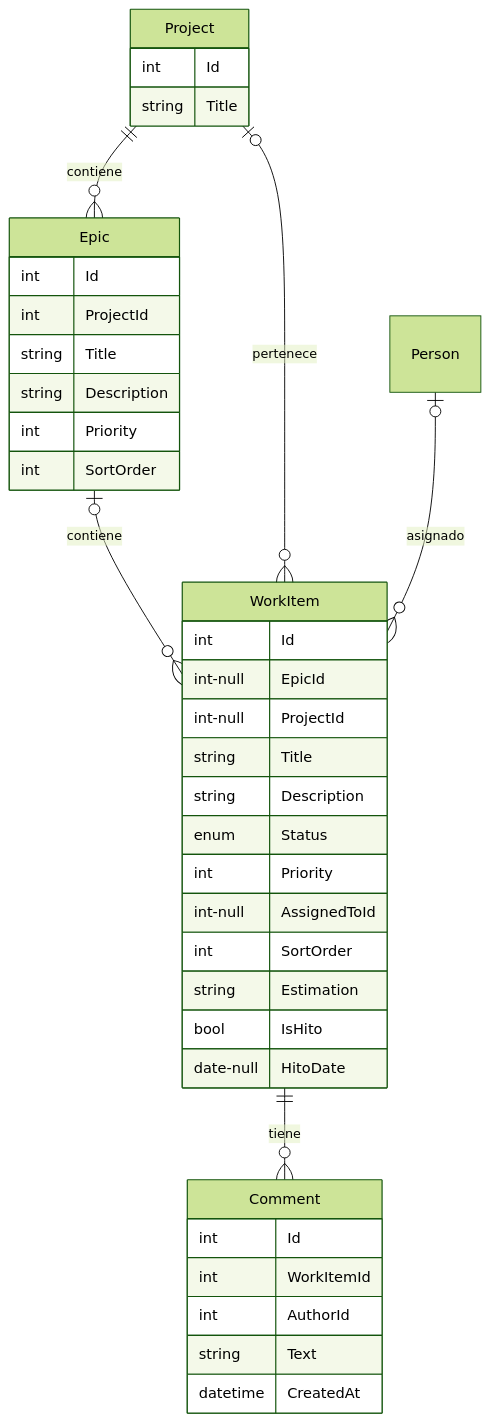
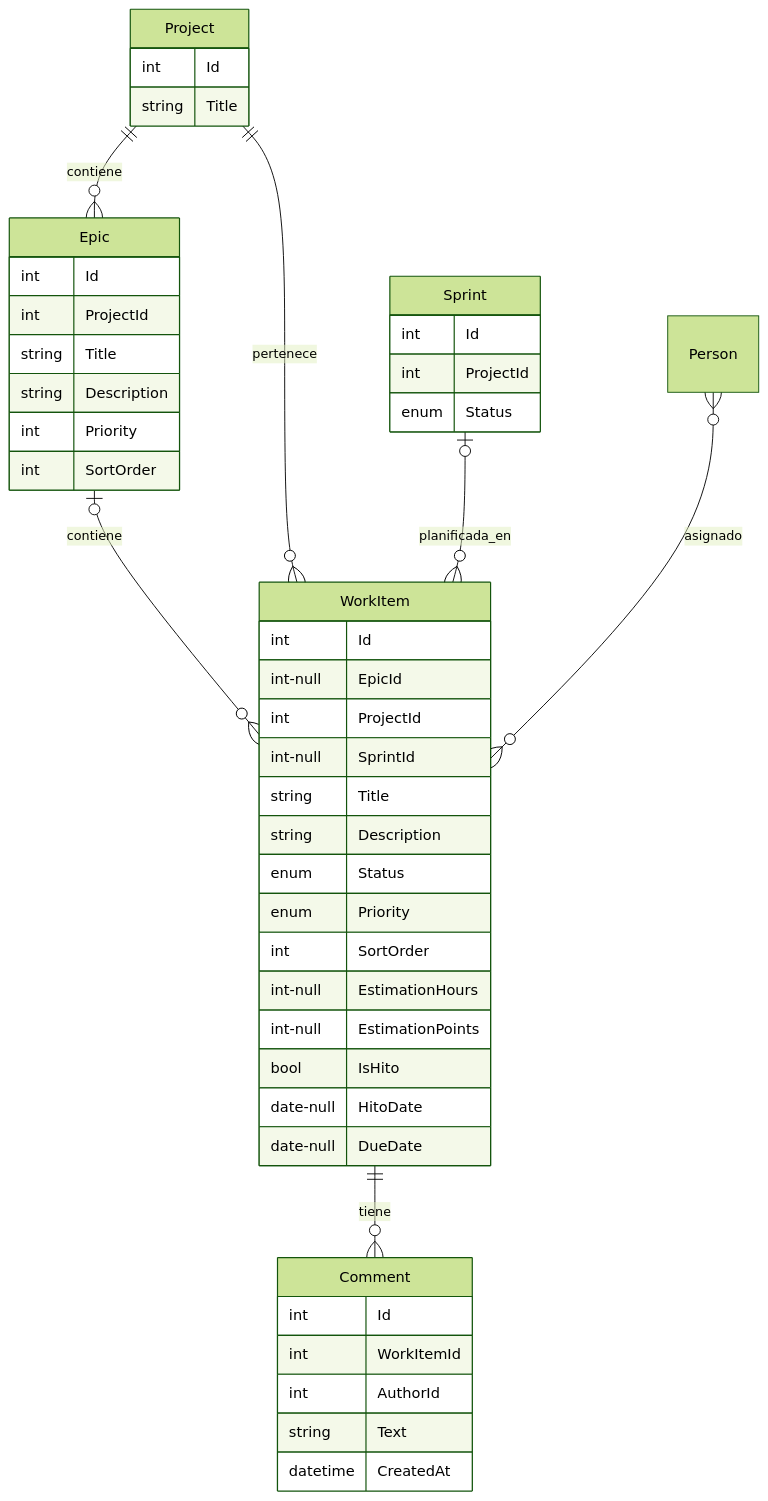
The diagram in docs/04-epicas-tareas-backlog.md (angellvl-umh/cartera-proyectos), drawn with Mermaid (forest theme) before and after one commit. The commit also changed other lines of this file and 52 other files, not shown here.

````diff
--- a/docs/04-epicas-tareas-backlog.md
+++ b/docs/04-epicas-tareas-backlog.md
@@ -11,41 +11,49 @@
 ```mermaid
 erDiagram
     Project ||--o{ Epic : contiene
     Epic |o--o{ WorkItem : contiene
-    Project |o--o{ WorkItem : pertenece
-    Person |o--o{ WorkItem : asignado
+    Project ||--o{ WorkItem : pertenece
+    Sprint |o--o{ WorkItem : planificada_en
+    Person }o--o{ WorkItem : asignado
     WorkItem ||--o{ Comment : tiene
     Project {
         int Id
         string Title
     }
     Epic {
         int Id
         int ProjectId
         string Title
         string Description
         int Priority
         int SortOrder
     }
+    Sprint {
+        int Id
+        int ProjectId
+        enum Status
+    }
     WorkItem {
         int Id
         int-null EpicId
-        int-null ProjectId
+        int ProjectId
+        int-null SprintId
         string Title
         string Description
         enum Status
-        int Priority
-        int-null AssignedToId
+        enum Priority
         int SortOrder
-        string Estimation
+        int-null EstimationHours
+        int-null EstimationPoints
         bool IsHito
         date-null HitoDate
+        date-null DueDate
     }
     Comment {
         int Id
         int WorkItemId
         int AuthorId
         string Text
         datetime CreatedAt
     }
 ```
````
